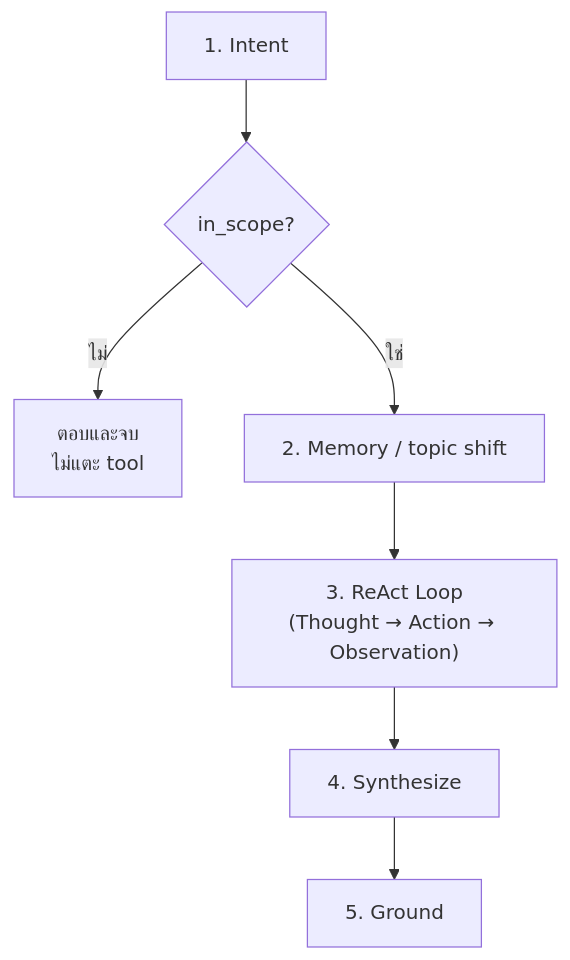
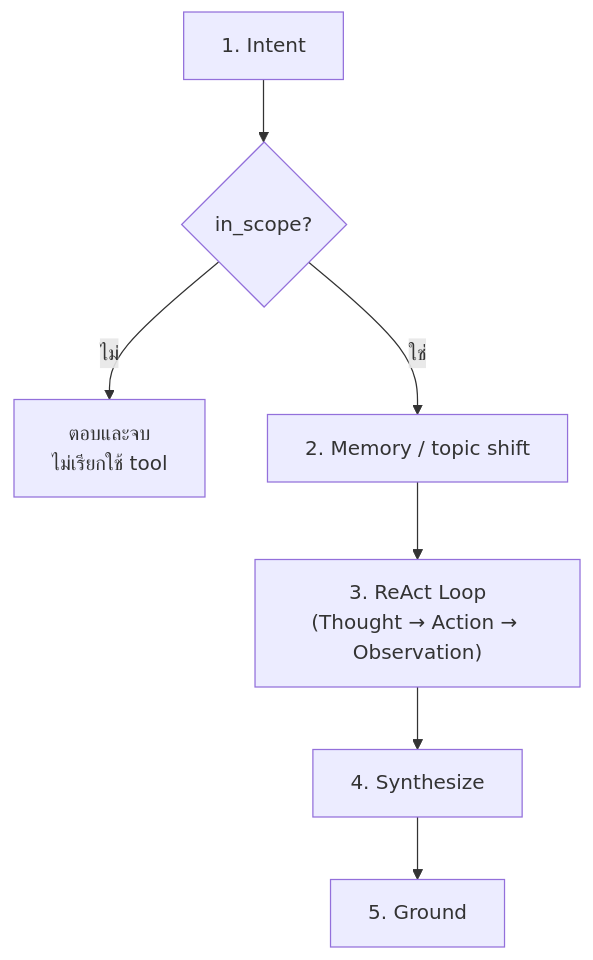
One commit to LLM-CE-KMITL/mcp-workshop changed the second of 2 diagrams in INSTRUCTIONS/day3/06-workshop3b-agent-api.md. Above: the diagram before and after it, drawn with Mermaid. The commit also changed other lines of this file and 53 other files, not shown here.

````diff
--- a/INSTRUCTIONS/day3/06-workshop3b-agent-api.md
+++ b/INSTRUCTIONS/day3/06-workshop3b-agent-api.md
@@ -101,9 +101,9 @@
 ```mermaid
 flowchart TD
     A["1. Intent"] --> B{"in_scope?"}
-    B -->|ไม่| END["ตอบและจบ<br/>ไม่แตะ tool"]
+    B -->|ไม่| END["ตอบและจบ<br/>ไม่เรียกใช้ tool"]
     B -->|ใช่| C["2. Memory / topic shift"]
     C --> D["3. ReAct Loop<br/>(Thought → Action → Observation)"]
     D --> F["4. Synthesize"]
     F --> G["5. Ground"]
 ```
````
